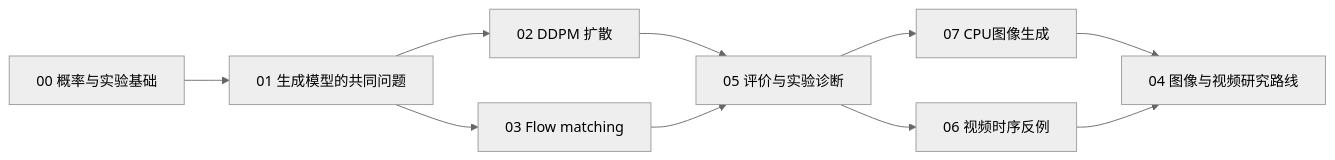
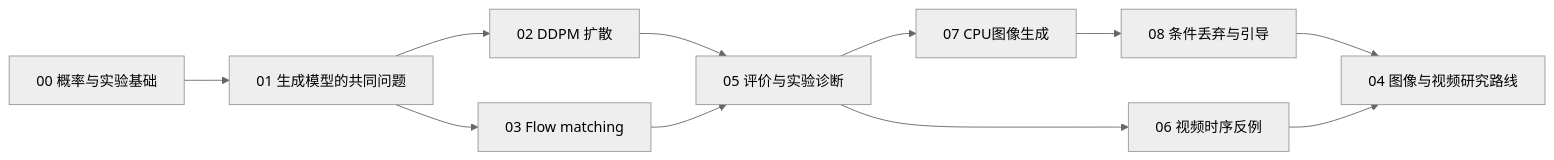
The diagram in docs/learning-path.md (Fengyee/genai_study), drawn with Mermaid (neutral theme) before and after one commit. The commit also changed other lines of this file and 25 other files, not shown here.

````diff
--- a/docs/learning-path.md
+++ b/docs/learning-path.md
@@ -28,12 +28,13 @@
 ```mermaid
 flowchart LR
   A[00 概率与实验基础] --> B[01 生成模型的共同问题]
   B --> C[02 DDPM 扩散]
   B --> D[03 Flow matching]
   C --> F[05 评价与实验诊断]
   D --> F
   F --> H[07 CPU图像生成]
-  H --> E[04 图像与视频研究路线]
+  H --> I[08 条件丢弃与引导]
+  I --> E[04 图像与视频研究路线]
   F --> G[06 视频时序反例]
   G --> E[04 图像与视频研究路线]
 ```
````
